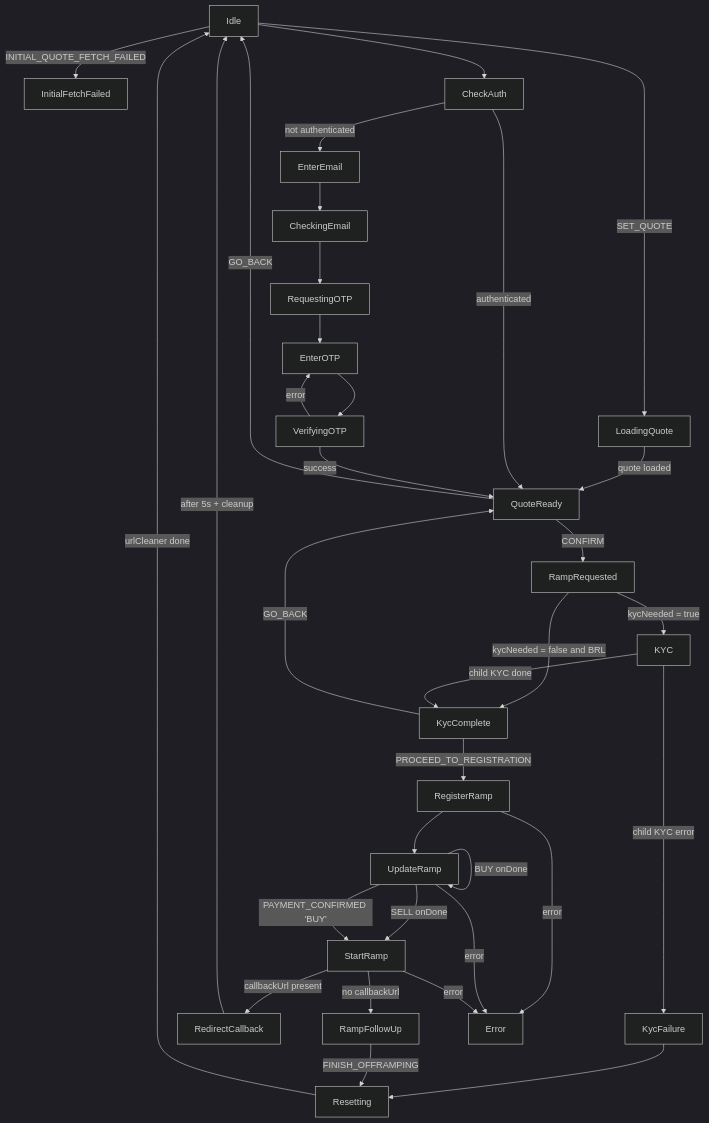
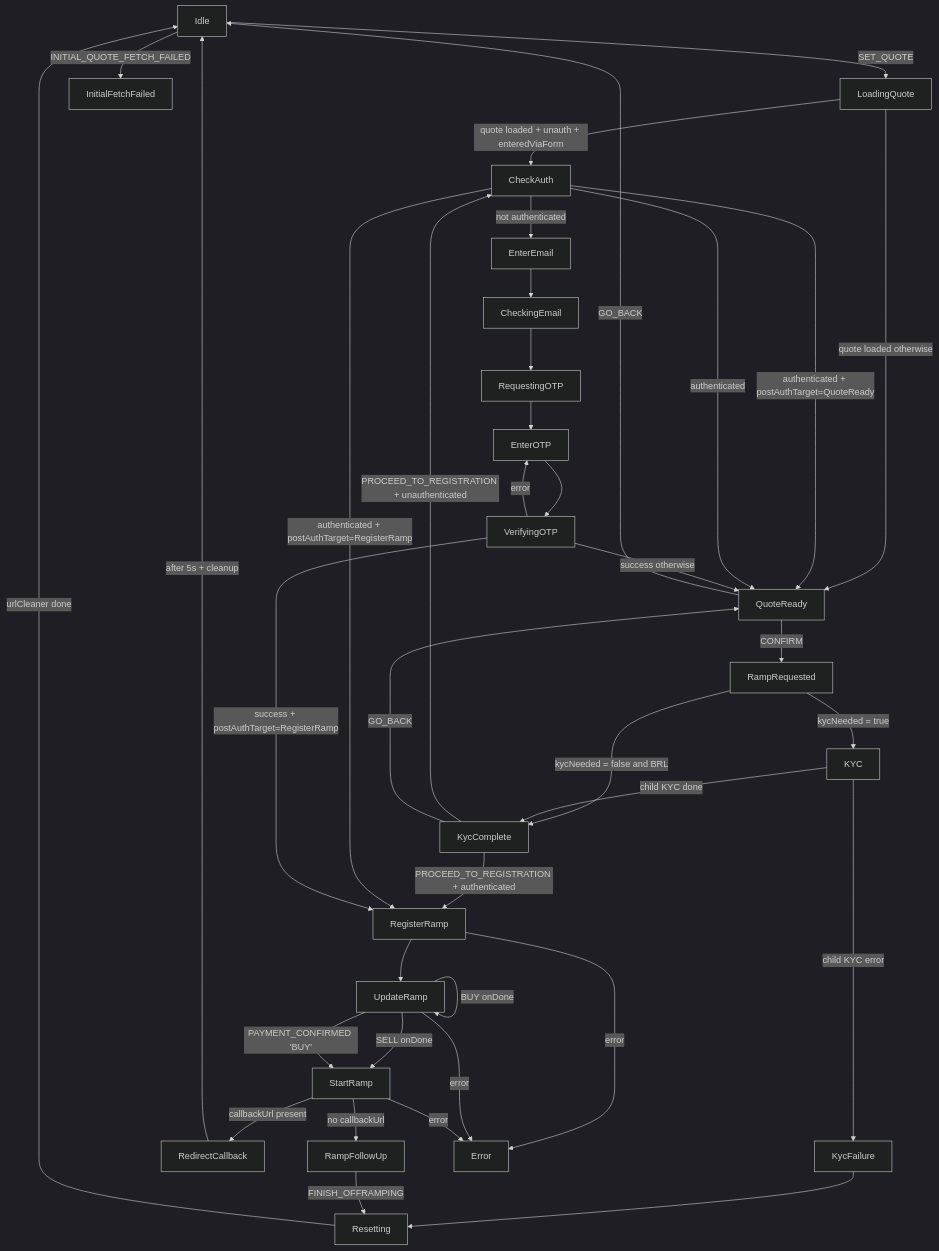
The first of 2 diagrams in docs/architecture/ramp-machine-widget-flow.md (pendulum-chain/vortex), drawn with Mermaid (dark theme) before and after one commit. The commit also changed other lines of this file, not shown here.

````diff
--- a/docs/architecture/ramp-machine-widget-flow.md
+++ b/docs/architecture/ramp-machine-widget-flow.md
@@ -13,47 +13,51 @@
 ```mermaid
 flowchart TD
   A[Idle] -->|SET_QUOTE| B[LoadingQuote]
-  B -->|quote loaded| C[QuoteReady]
+  B -->|quote loaded + unauth + enteredViaForm| AA[CheckAuth]
+  B -->|quote loaded otherwise| C[QuoteReady]
   C -->|CONFIRM| D[RampRequested]
 
   D -->|kycNeeded = true| E[KYC]
   D -->|kycNeeded = false and BRL| F[KycComplete]
 
   E -->|child KYC done| F
   E -->|child KYC error| X[KycFailure]
   X --> R[Resetting]
 
-  F -->|PROCEED_TO_REGISTRATION| G[RegisterRamp]
+  F -->|PROCEED_TO_REGISTRATION + authenticated| G[RegisterRamp]
+  F -->|PROCEED_TO_REGISTRATION + unauthenticated| AA[CheckAuth]
   F -->|GO_BACK| C
 
   G --> H[UpdateRamp]
 
   H -->|SELL onDone| I[StartRamp]
   H -->|BUY onDone| H
   H -->|PAYMENT_CONFIRMED 'BUY'| I
 
   I -->|callbackUrl present| J[RedirectCallback]
   I -->|no callbackUrl| K[RampFollowUp]
 
   K -->|FINISH_OFFRAMPING| R
   J -->|after 5s + cleanup| A
 
   C -->|GO_BACK| A
   A -->|INITIAL_QUOTE_FETCH_FAILED| Q[InitialFetchFailed]
 
   R -->|urlCleaner done| A
 
-  A --> AA[CheckAuth]
+  AA -->|authenticated + postAuthTarget=RegisterRamp| G
+  AA -->|authenticated + postAuthTarget=QuoteReady| C
   AA -->|authenticated| C
   AA -->|not authenticated| AB[EnterEmail]
   AB --> AC[CheckingEmail]
   AC --> AD[RequestingOTP]
   AD --> AE[EnterOTP]
   AE --> AF[VerifyingOTP]
-  AF -->|success| C
+  AF -->|success + postAuthTarget=RegisterRamp| G
+  AF -->|success otherwise| C
   AF -->|error| AE
 
   G -->|error| Z[Error]
   H -->|error| Z
   I -->|error| Z
 ```
````
